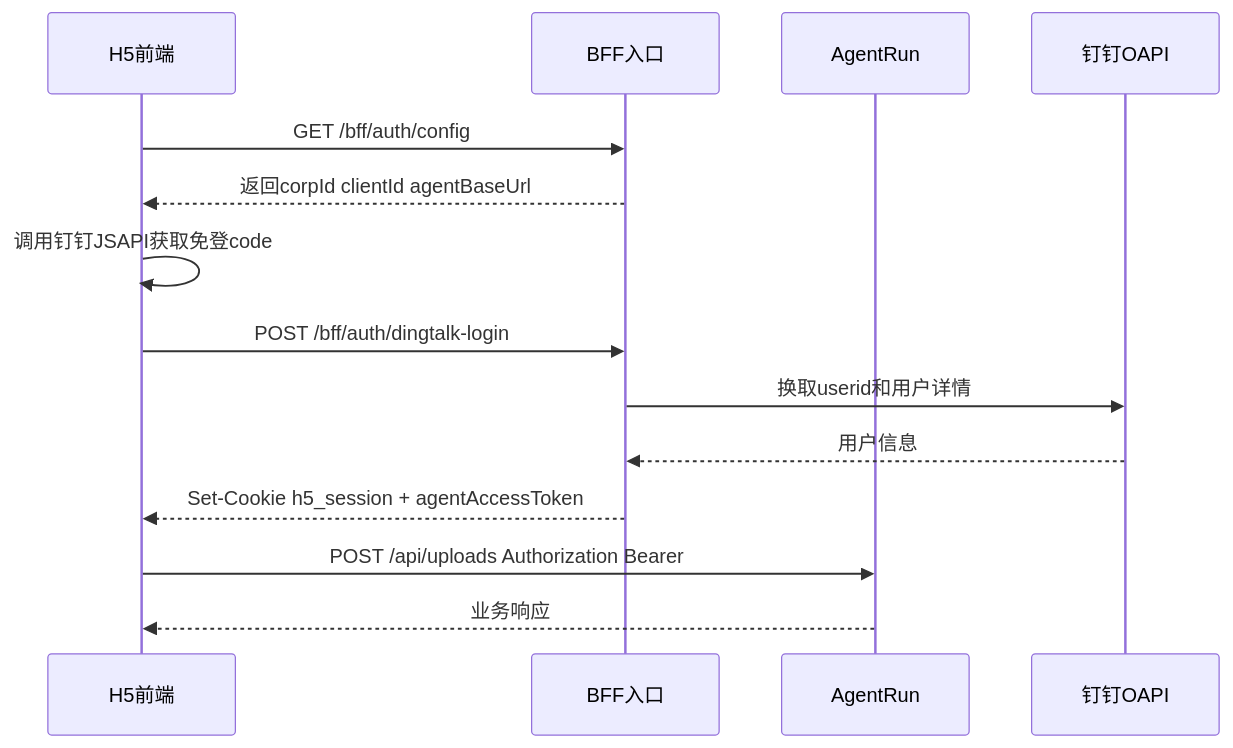
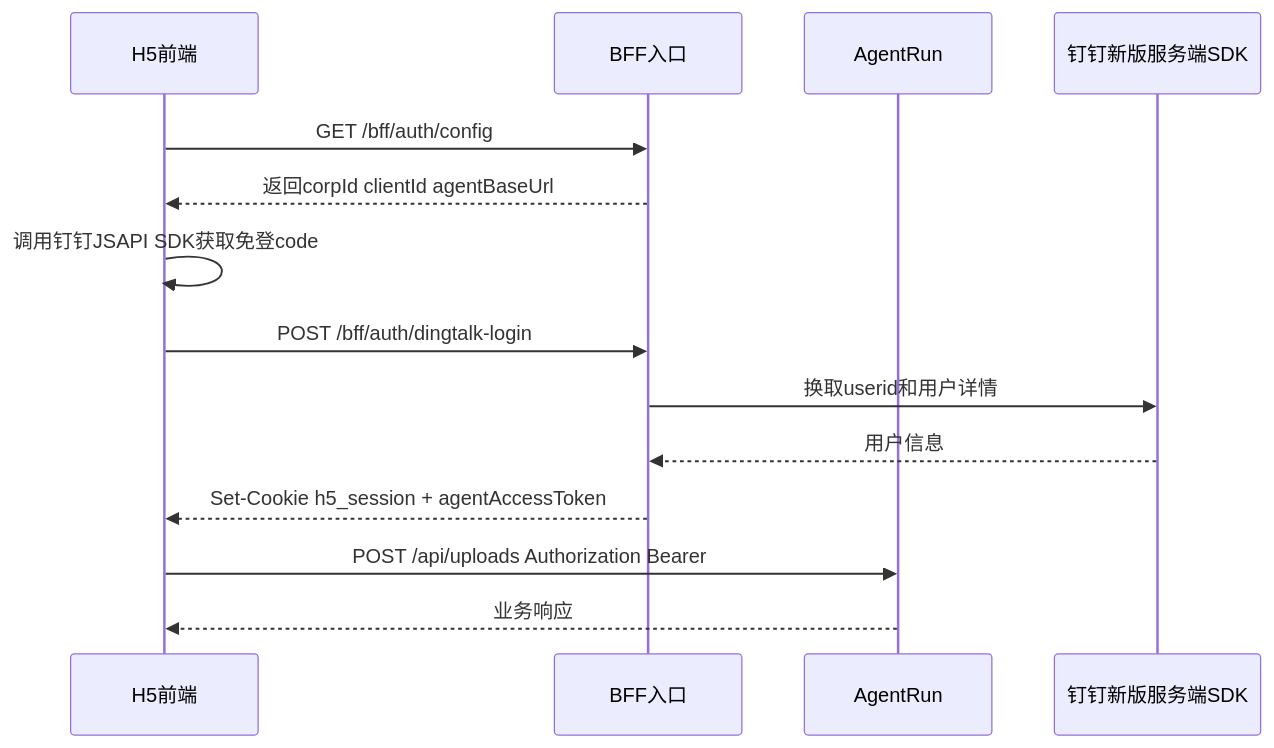
Before and after one commit to yuqingyang3019-cyber/hetong: the third of 3 diagrams in SPEC/ARCHITECTURE.md, drawn with Mermaid. The commit also changed other lines of this file and 2 other files, not shown here.

````diff
--- a/SPEC/ARCHITECTURE.md
+++ b/SPEC/ARCHITECTURE.md
@@ -210,17 +210,17 @@
 ```mermaid
 sequenceDiagram
   participant Fe as H5前端
   participant Bff as BFF入口
   participant Agent as AgentRun
-  participant Dt as 钉钉OAPI
+  participant Dt as 钉钉新版服务端SDK
 
   Fe->>Bff: GET /bff/auth/config
   Bff-->>Fe: 返回corpId clientId agentBaseUrl
-  Fe->>Fe: 调用钉钉JSAPI获取免登code
+  Fe->>Fe: 调用钉钉JSAPI SDK获取免登code
   Fe->>Bff: POST /bff/auth/dingtalk-login
   Bff->>Dt: 换取userid和用户详情
   Dt-->>Bff: 用户信息
   Bff-->>Fe: Set-Cookie h5_session + agentAccessToken
   Fe->>Agent: POST /api/uploads Authorization Bearer
   Agent-->>Fe: 业务响应
 ```
````
